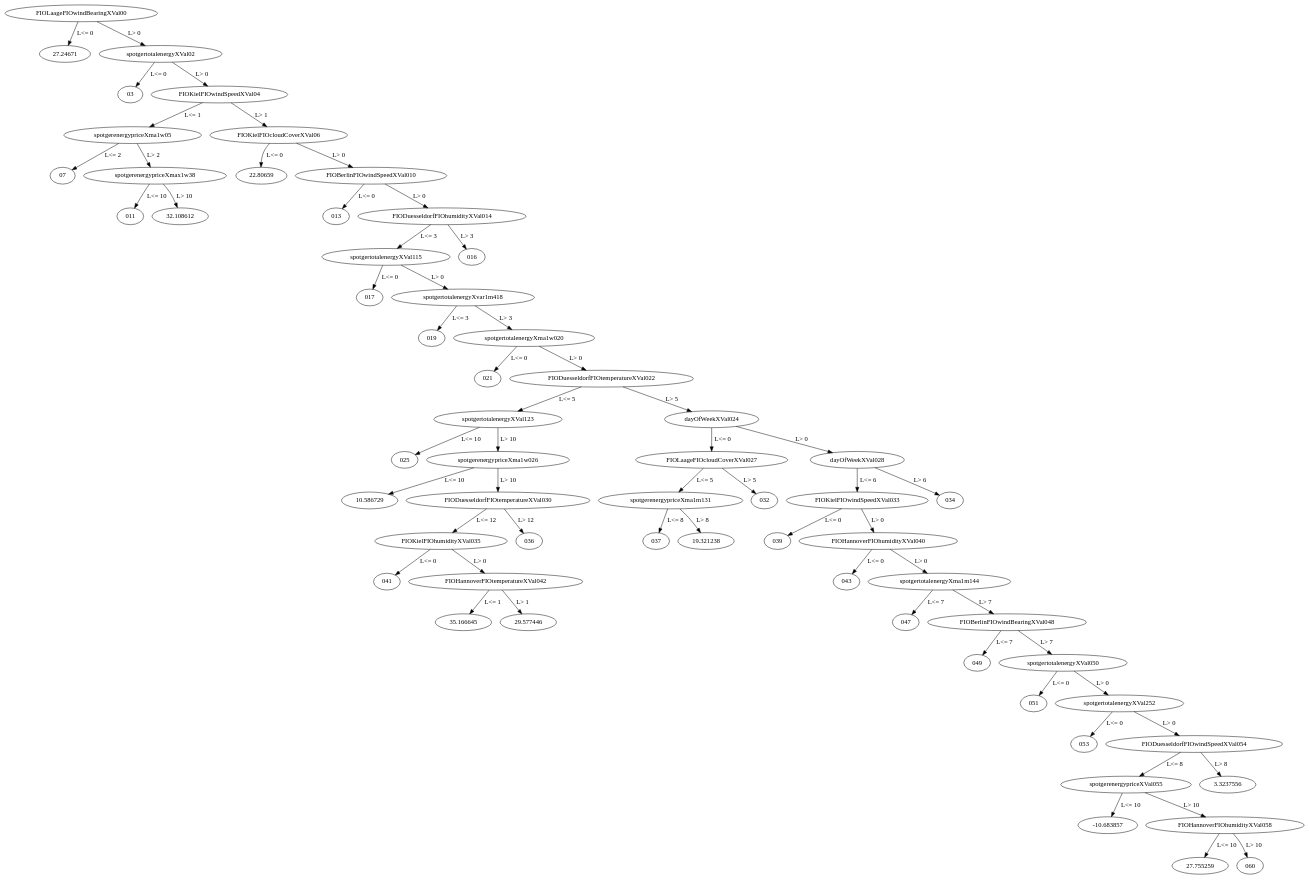
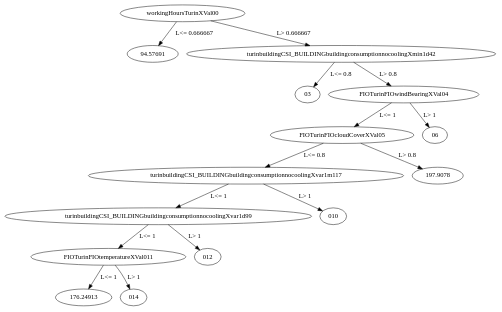
Before and after one commit to klemenkenda/nrg4mine: the diagram in sandbox/ht-6.gv, drawn with Graphviz. The commit also changed 33 other files, not shown here.

```diff
--- a/sandbox/ht-6.gv
+++ b/sandbox/ht-6.gv
@@ -1,62 +1,16 @@
 digraph dt_fig {
-	FIOLaageFIOwindBearingXVal00 -> "27.24671" [label="L<= 0"];
-	FIOLaageFIOwindBearingXVal00 -> spotgertotalenergyXVal02 [label="L> 0"];
-	spotgertotalenergyXVal02 -> "03" [label="L<= 0"];
-	spotgertotalenergyXVal02 -> FIOKielFIOwindSpeedXVal04 [label="L> 0"];
-	FIOKielFIOwindSpeedXVal04 -> spotgerenergypriceXma1w05 [label="L<= 1"];
-	FIOKielFIOwindSpeedXVal04 -> FIOKielFIOcloudCoverXVal06 [label="L> 1"];
-	spotgerenergypriceXma1w05 -> "07" [label="L<= 2"];
-	spotgerenergypriceXma1w05 -> spotgerenergypriceXmax1w38 [label="L> 2"];
-	FIOKielFIOcloudCoverXVal06 -> "22.80659" [label="L<= 0"];
-	FIOKielFIOcloudCoverXVal06 -> FIOBerlinFIOwindSpeedXVal010 [label="L> 0"];
-	spotgerenergypriceXmax1w38 -> "011" [label="L<= 10"];
-	spotgerenergypriceXmax1w38 -> "32.108612" [label="L> 10"];
-	FIOBerlinFIOwindSpeedXVal010 -> "013" [label="L<= 0"];
-	FIOBerlinFIOwindSpeedXVal010 -> FIODuesseldorfFIOhumidityXVal014 [label="L> 0"];
-	FIODuesseldorfFIOhumidityXVal014 -> spotgertotalenergyXVal115 [label="L<= 3"];
-	FIODuesseldorfFIOhumidityXVal014 -> "016" [label="L> 3"];
-	spotgertotalenergyXVal115 -> "017" [label="L<= 0"];
-	spotgertotalenergyXVal115 -> spotgertotalenergyXvar1m418 [label="L> 0"];
-	spotgertotalenergyXvar1m418 -> "019" [label="L<= 3"];
-	spotgertotalenergyXvar1m418 -> spotgertotalenergyXma1w020 [label="L> 3"];
-	spotgertotalenergyXma1w020 -> "021" [label="L<= 0"];
-	spotgertotalenergyXma1w020 -> FIODuesseldorfFIOtemperatureXVal022 [label="L> 0"];
-	FIODuesseldorfFIOtemperatureXVal022 -> spotgertotalenergyXVal123 [label="L<= 5"];
-	FIODuesseldorfFIOtemperatureXVal022 -> dayOfWeekXVal024 [label="L> 5"];
-	spotgertotalenergyXVal123 -> "025" [label="L<= 10"];
-	spotgertotalenergyXVal123 -> spotgerenergypriceXma1w026 [label="L> 10"];
-	dayOfWeekXVal024 -> FIOLaageFIOcloudCoverXVal027 [label="L<= 0"];
-	dayOfWeekXVal024 -> dayOfWeekXVal028 [label="L> 0"];
-	spotgerenergypriceXma1w026 -> "10.586729" [label="L<= 10"];
-	spotgerenergypriceXma1w026 -> FIODuesseldorfFIOtemperatureXVal030 [label="L> 10"];
-	FIOLaageFIOcloudCoverXVal027 -> spotgerenergypriceXma1m131 [label="L<= 5"];
-	FIOLaageFIOcloudCoverXVal027 -> "032" [label="L> 5"];
-	dayOfWeekXVal028 -> FIOKielFIOwindSpeedXVal033 [label="L<= 6"];
-	dayOfWeekXVal028 -> "034" [label="L> 6"];
-	FIODuesseldorfFIOtemperatureXVal030 -> FIOKielFIOhumidityXVal035 [label="L<= 12"];
-	FIODuesseldorfFIOtemperatureXVal030 -> "036" [label="L> 12"];
-	spotgerenergypriceXma1m131 -> "037" [label="L<= 8"];
-	spotgerenergypriceXma1m131 -> "19.321238" [label="L> 8"];
-	FIOKielFIOwindSpeedXVal033 -> "039" [label="L<= 0"];
-	FIOKielFIOwindSpeedXVal033 -> FIOHannoverFIOhumidityXVal040 [label="L> 0"];
-	FIOKielFIOhumidityXVal035 -> "041" [label="L<= 0"];
-	FIOKielFIOhumidityXVal035 -> FIOHannoverFIOtemperatureXVal042 [label="L> 0"];
-	FIOHannoverFIOhumidityXVal040 -> "043" [label="L<= 0"];
-	FIOHannoverFIOhumidityXVal040 -> spotgertotalenergyXma1m144 [label="L> 0"];
-	FIOHannoverFIOtemperatureXVal042 -> "35.166645" [label="L<= 1"];
-	FIOHannoverFIOtemperatureXVal042 -> "29.577446" [label="L> 1"];
-	spotgertotalenergyXma1m144 -> "047" [label="L<= 7"];
-	spotgertotalenergyXma1m144 -> FIOBerlinFIOwindBearingXVal048 [label="L> 7"];
-	FIOBerlinFIOwindBearingXVal048 -> "049" [label="L<= 7"];
-	FIOBerlinFIOwindBearingXVal048 -> spotgertotalenergyXVal050 [label="L> 7"];
-	spotgertotalenergyXVal050 -> "051" [label="L<= 0"];
-	spotgertotalenergyXVal050 -> spotgertotalenergyXVal252 [label="L> 0"];
-	spotgertotalenergyXVal252 -> "053" [label="L<= 0"];
-	spotgertotalenergyXVal252 -> FIODuesseldorfFIOwindSpeedXVal054 [label="L> 0"];
-	FIODuesseldorfFIOwindSpeedXVal054 -> spotgerenergypriceXVal055 [label="L<= 8"];
-	FIODuesseldorfFIOwindSpeedXVal054 -> "3.3237556" [label="L> 8"];
-	spotgerenergypriceXVal055 -> "-10.683857" [label="L<= 10"];
-	spotgerenergypriceXVal055 -> FIOHannoverFIOhumidityXVal058 [label="L> 10"];
-	FIOHannoverFIOhumidityXVal058 -> "27.755259" [label="L<= 10"];
-	FIOHannoverFIOhumidityXVal058 -> "060" [label="L> 10"];
+	workingHoursTurinXVal00 -> "94.57691" [label="L<= 0.666667"];
+	workingHoursTurinXVal00 -> turinbuildingCSI_BUILDINGbuildingconsumptionnocoolingXmin1d42 [label="L> 0.666667"];
+	turinbuildingCSI_BUILDINGbuildingconsumptionnocoolingXmin1d42 -> "03" [label="L<= 0.8"];
+	turinbuildingCSI_BUILDINGbuildingconsumptionnocoolingXmin1d42 -> FIOTurinFIOwindBearingXVal04 [label="L> 0.8"];
+	FIOTurinFIOwindBearingXVal04 -> FIOTurinFIOcloudCoverXVal05 [label="L<= 1"];
+	FIOTurinFIOwindBearingXVal04 -> "06" [label="L> 1"];
+	FIOTurinFIOcloudCoverXVal05 -> turinbuildingCSI_BUILDINGbuildingconsumptionnocoolingXvar1m117 [label="L<= 0.8"];
+	FIOTurinFIOcloudCoverXVal05 -> "197.9078" [label="L> 0.8"];
+	turinbuildingCSI_BUILDINGbuildingconsumptionnocoolingXvar1m117 -> turinbuildingCSI_BUILDINGbuildingconsumptionnocoolingXvar1d99 [label="L<= 1"];
+	turinbuildingCSI_BUILDINGbuildingconsumptionnocoolingXvar1m117 -> "010" [label="L> 1"];
+	turinbuildingCSI_BUILDINGbuildingconsumptionnocoolingXvar1d99 -> FIOTurinFIOtemperatureXVal011 [label="L<= 1"];
+	turinbuildingCSI_BUILDINGbuildingconsumptionnocoolingXvar1d99 -> "012" [label="L> 1"];
+	FIOTurinFIOtemperatureXVal011 -> "176.24913" [label="L<= 1"];
+	FIOTurinFIOtemperatureXVal011 -> "014" [label="L> 1"];
 }
```
